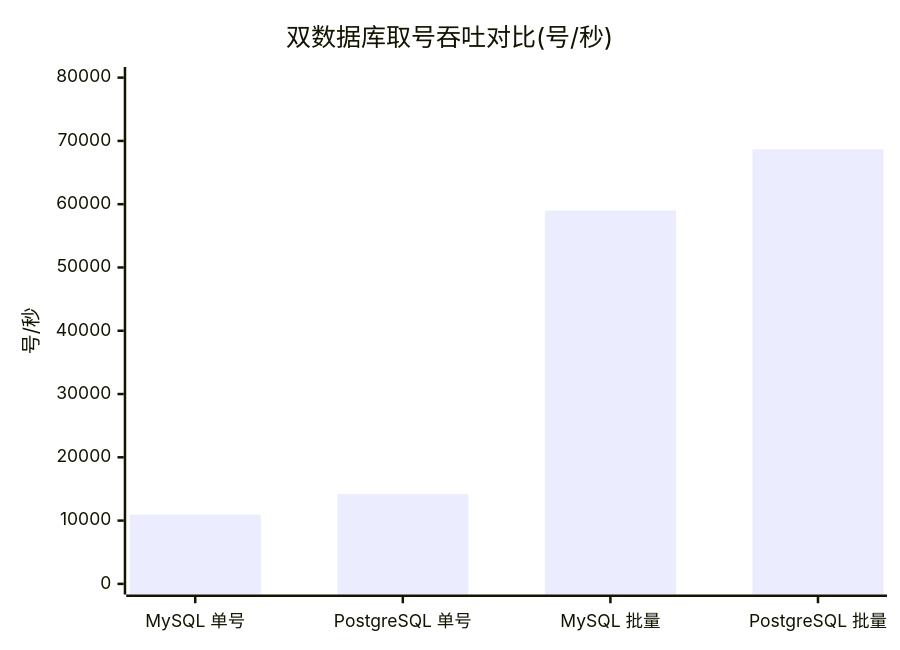
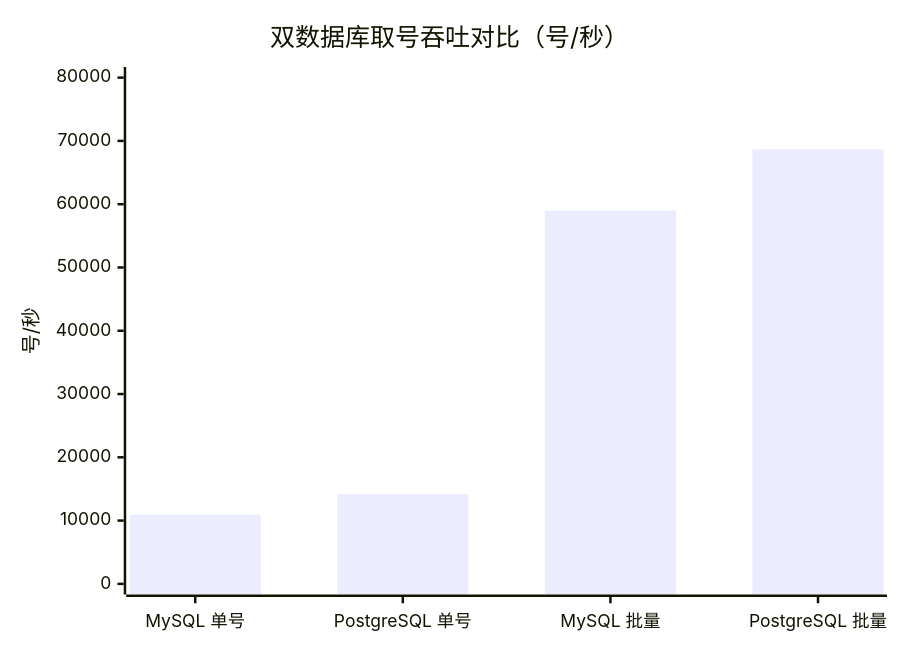
The diagram in README.md (magicianlib/id-generator), drawn with Mermaid before and after one commit. The commit also changed other lines of this file, not shown here.

````diff
--- a/README.md
+++ b/README.md
@@ -160,7 +160,7 @@
 ```mermaid
 xychart-beta
-    title "双数据库取号吞吐对比(号/秒)"
+    title "双数据库取号吞吐对比（号/秒）"
     x-axis ["MySQL 单号", "PostgreSQL 单号", "MySQL 批量", "PostgreSQL 批量"]
     y-axis "号/秒" 0 --> 80000
     bar [10935, 14193, 59000, 68670]
 ```
````
